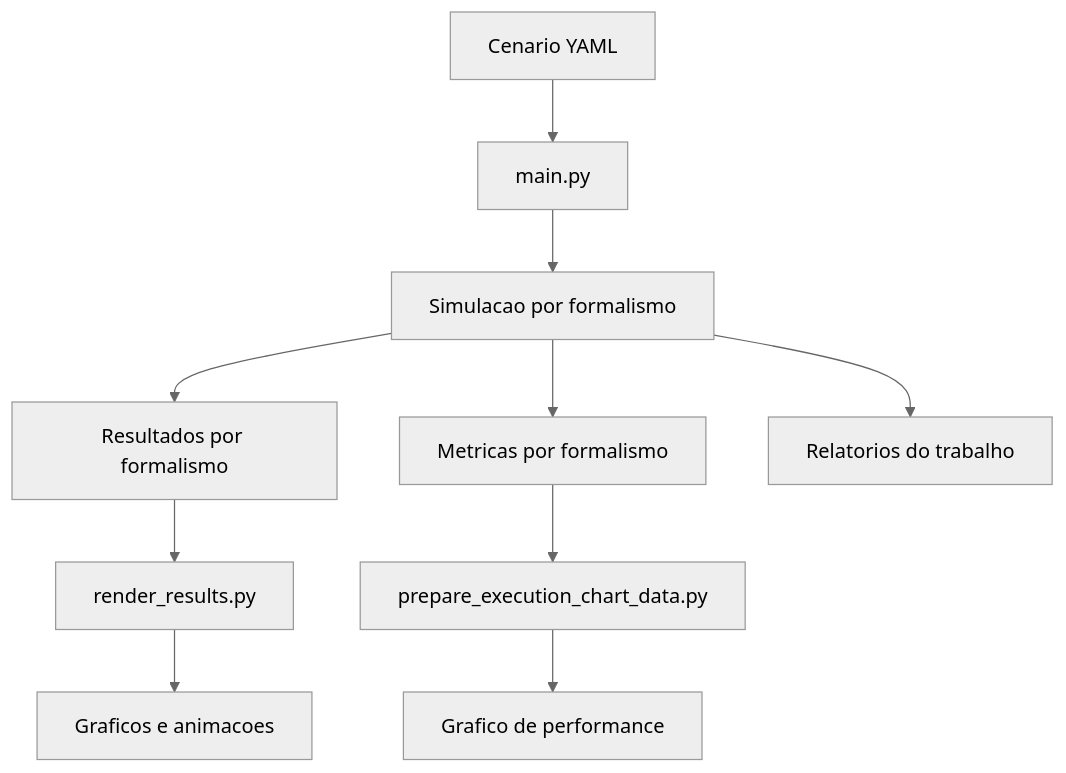
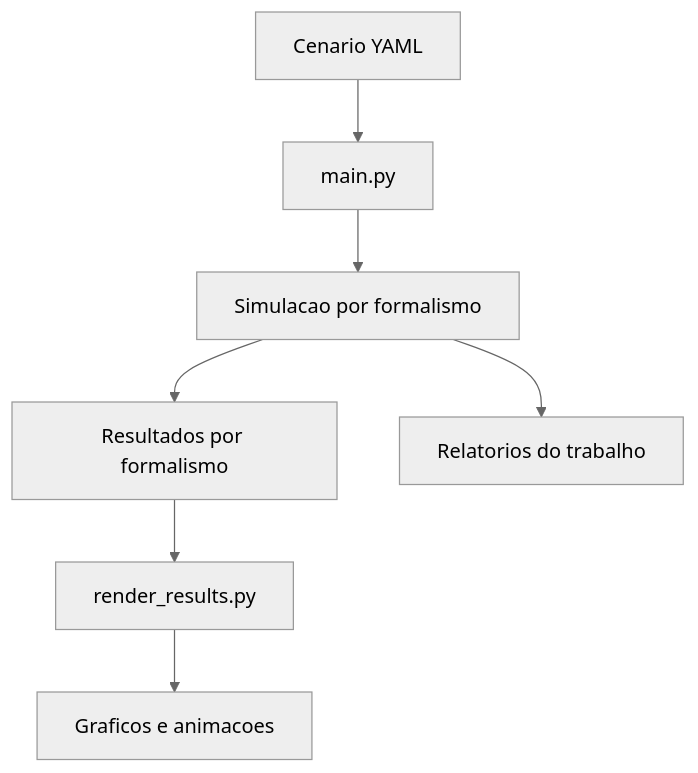
Before and after one commit to Jootiinha/mecanica-classica-e-quantica-n-corpos: the diagram in arquitetura.md, drawn with Mermaid (neutral theme). The commit also changed 1 other file, not shown here.

Commit message:
melhorias

````diff
--- a/arquitetura.md
+++ b/arquitetura.md
@@ -5,14 +5,10 @@
 ```mermaid
 flowchart TD
     A[Cenario YAML] --> B[main.py]
     B --> C[Simulacao por formalismo]
     C --> D[Resultados por formalismo]
-    C --> E[Metricas por formalismo]
-    C --> F[Relatorios do trabalho]
+    C --> E[Relatorios do trabalho]
 
-    D --> G[render_results.py]
-    G --> H[Graficos e animacoes]
-
-    E --> I[prepare_execution_chart_data.py]
-    I --> J[Grafico de performance]
+    D --> F[render_results.py]
+    F --> G[Graficos e animacoes]
 ```
````
